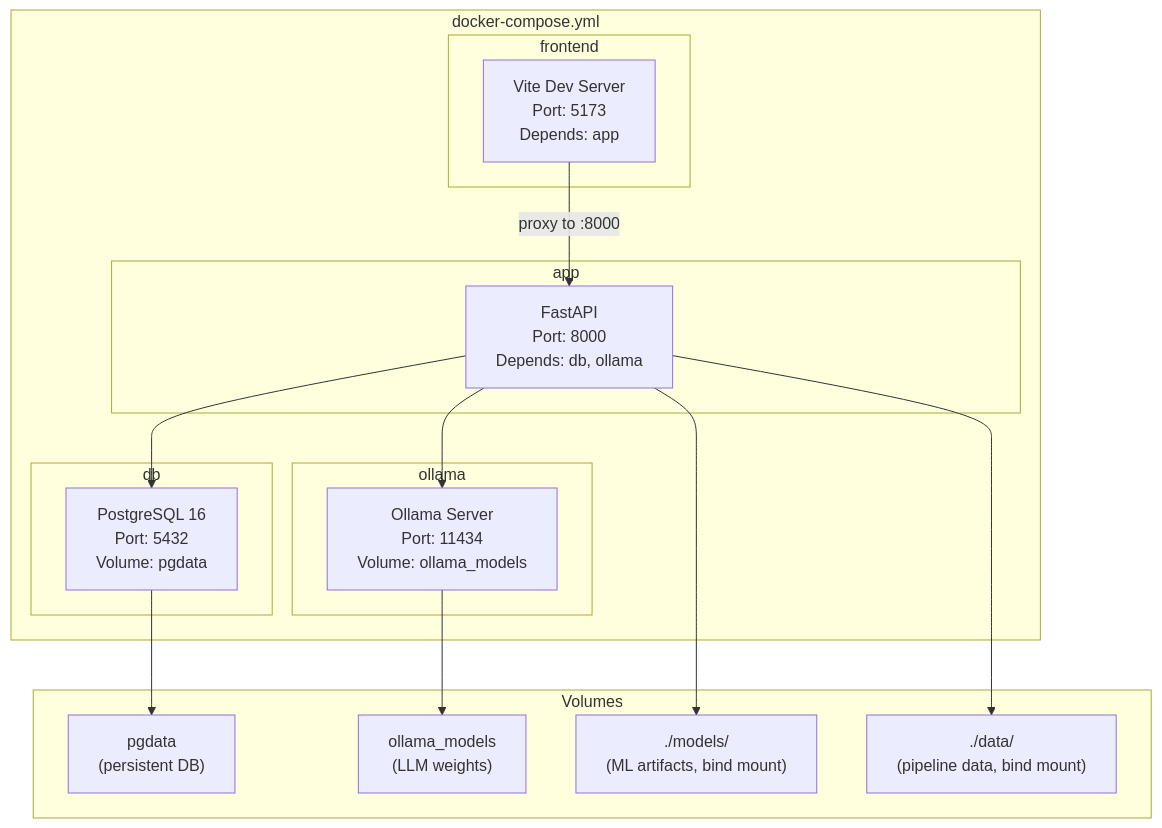
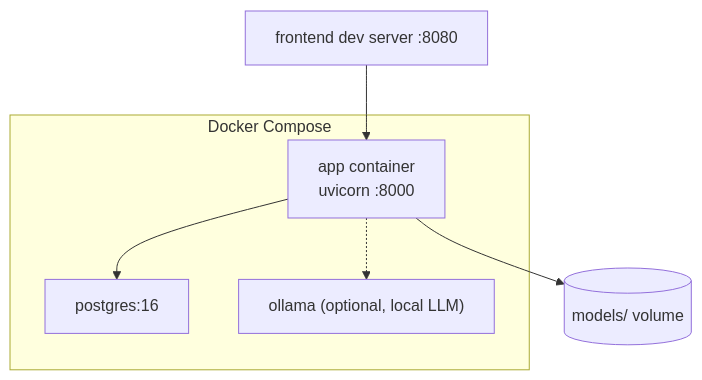
One commit to Caephas/Real_Madrid_AI_Platform changed the ninth of 9 diagrams in docs/SYSTEM_DESIGN.md. Above: the diagram before and after it, drawn with Mermaid. The commit also changed other lines of this file and 52 other files, not shown here.

````diff
--- a/docs/SYSTEM_DESIGN.md
+++ b/docs/SYSTEM_DESIGN.md
@@ -372,32 +300,15 @@
 ```mermaid
-graph TB
-    subgraph "docker-compose.yml"
-        subgraph "app"
-            API["FastAPI<br/>Port: 8000<br/>Depends: db, ollama"]
-        end
-        subgraph "db"
-            PG["PostgreSQL 16<br/>Port: 5432<br/>Volume: pgdata"]
-        end
-        subgraph "ollama"
-            OLL["Ollama Server<br/>Port: 11434<br/>Volume: ollama_models"]
-        end
-        subgraph "frontend"
-            FE["Vite Dev Server<br/>Port: 5173<br/>Depends: app"]
-        end
+flowchart TB
+    subgraph Docker["Docker Compose"]
+        PG["postgres:16"]
+        OLL["ollama (optional, local LLM)"]
+        APP["app container<br/>uvicorn :8000"]
     end
+    FE["frontend dev server :8080"]
+    VOL[("models/ volume")]
 
-    subgraph "Volumes"
-        V1["pgdata<br/>(persistent DB)"]
-        V2["ollama_models<br/>(LLM weights)"]
-        V3["./models/<br/>(ML artifacts, bind mount)"]
-        V4["./data/<br/>(pipeline data, bind mount)"]
-    end
-
-    PG --> V1
-    OLL --> V2
-    API --> V3
-    API --> V4
-    FE -->|"proxy to :8000"| API
-    API --> PG
-    API --> OLL
+    APP --> PG
+    APP --> VOL
+    APP -.-> OLL
+    FE --> APP
 ```
````
